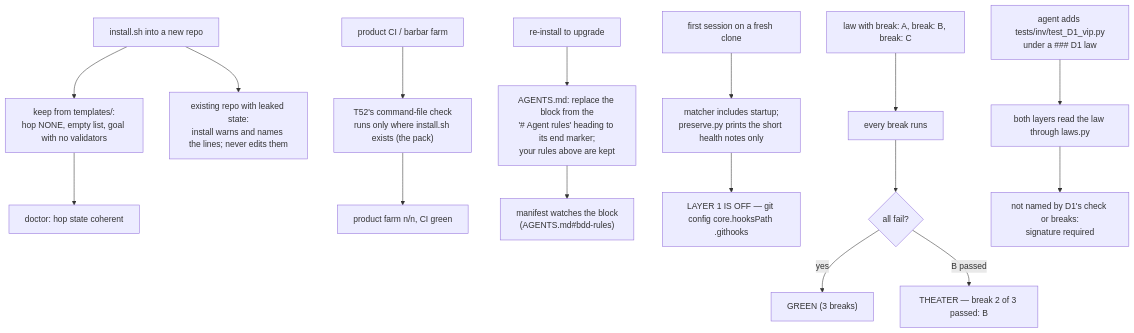
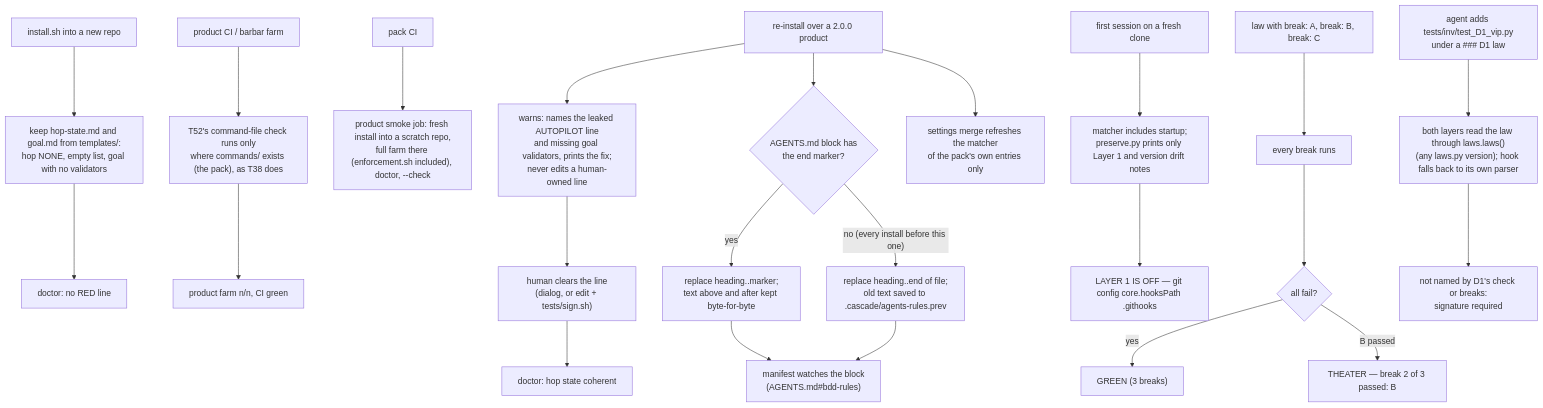
One commit to kadaluarsa/barbaric-driven-development changed the second of 2 diagrams in docs/cascade/05b-t60-install-health-multi-break.md. Above: the diagram before and after it, drawn with Mermaid. The commit also changed other lines of this file, not shown here.

First line of the commit message:
GENERATE 05b t60-install-health-multi-break: spec v2 answering the critic — T15 kept green, upgrade warnings with fixes, product smoke in pack CI, plugin-skew-safe law lookup

````diff
--- a/docs/cascade/05b-t60-install-health-multi-break.md
+++ b/docs/cascade/05b-t60-install-health-multi-break.md
@@ -60,18 +66,24 @@
 ```mermaid
 flowchart TD
-    I["install.sh into a new repo"] --> K2["keep from templates/:<br/>hop NONE, empty list, goal with no validators"]
-    K2 --> D2["doctor: hop state coherent"]
-    I --> WARN["existing repo with leaked state:<br/>install warns and names the lines; never edits them"]
-    F["product CI / barbar farm"] --> T52b["T52's command-file check<br/>runs only where install.sh exists (the pack)"]
+    I["install.sh into a new repo"] --> K2["keep hop-state.md and goal.md from templates/:<br/>hop NONE, empty list, goal with no validators"]
+    K2 --> D2["doctor: no RED line"]
+    UP["re-install over a 2.0.0 product"] --> WARN["warns: names the leaked AUTOPILOT line<br/>and missing goal validators, prints the fix;<br/>never edits a human-owned line"]
+    WARN --> HUM["human clears the line<br/>(dialog, or edit + tests/sign.sh)"]
+    HUM --> D3["doctor: hop state coherent"]
+    F["product CI / barbar farm"] --> T52b["T52's command-file check runs only<br/>where commands/ exists (the pack), as T38 does"]
     T52b --> G2["product farm n/n, CI green"]
-    U["re-install to upgrade"] --> A2["AGENTS.md: replace the block from the<br/>'# Agent rules' heading to its end marker;<br/>your rules above are kept"]
-    A2 --> M2["manifest watches the block<br/>(AGENTS.md#bdd-rules)"]
-    S["first session on a fresh clone"] --> P2["matcher includes startup;<br/>preserve.py prints the short health notes only"]
+    PC["pack CI"] --> SMOKE["product smoke job: fresh install into a scratch repo,<br/>full farm there (enforcement.sh included), doctor, --check"]
+    UP --> A2{"AGENTS.md block has<br/>the end marker?"}
+    A2 -- yes --> A3["replace heading..marker;<br/>text above and after kept byte-for-byte"]
+    A2 -- "no (every install before this one)" --> A4["replace heading..end of file;<br/>old text saved to .cascade/agents-rules.prev"]
+    A3 & A4 --> M2["manifest watches the block<br/>(AGENTS.md#bdd-rules)"]
+    UP --> ST2["settings merge refreshes the matcher<br/>of the pack's own entries only"]
+    S["first session on a fresh clone"] --> P2["matcher includes startup;<br/>preserve.py prints only Layer 1 and version drift notes"]
     P2 --> Q2["LAYER 1 IS OFF — git config core.hooksPath .githooks"]
     E["law with break: A, break: B, break: C"] --> W2["every break runs"]
     W2 --> G3{"all fail?"}
     G3 -- yes --> GREEN["GREEN (3 breaks)"]
     G3 -- "B passed" --> TH["THEATER — break 2 of 3 passed: B"]
-    N["agent adds tests/inv/test_D1_vip.py<br/>under a ### D1 law"] --> X2["both layers read the law through laws.py"]
+    N["agent adds tests/inv/test_D1_vip.py<br/>under a ### D1 law"] --> X2["both layers read the law through laws.laws()<br/>(any laws.py version); hook falls back to its own parser"]
     X2 --> Y2["not named by D1's check or breaks:<br/>signature required"]
 ```
````
